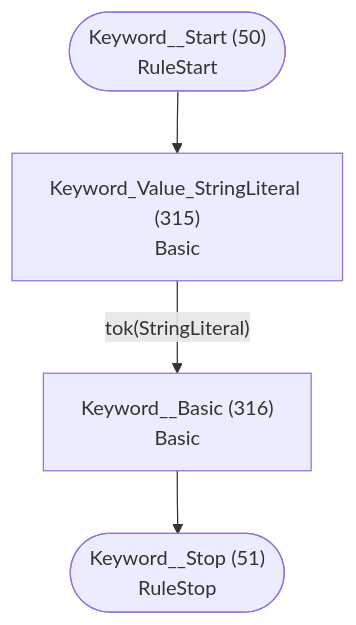
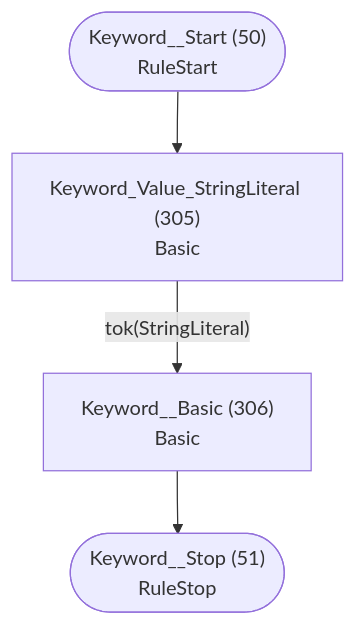
Diagram 26 of 40 in internal/grammar/atn.md (TypeFox/fastbelt), drawn with Mermaid before and after one commit. The commit also changed other lines of this file and 145 other files, not shown here.

````diff
--- a/internal/grammar/atn.md
+++ b/internal/grammar/atn.md
@@ -778,11 +756,11 @@
 ```mermaid
 flowchart TD
     q50(["Keyword__Start (50)<br/>RuleStart"])
     q51(["Keyword__Stop (51)<br/>RuleStop"])
-    q315["Keyword_Value_StringLiteral (315)<br/>Basic<br/>"]
-    q316["Keyword__Basic (316)<br/>Basic<br/>"]
+    q305["Keyword_Value_StringLiteral (305)<br/>Basic<br/>"]
+    q306["Keyword__Basic (306)<br/>Basic<br/>"]
 
-    q50 --> q315
-    q315 -->|"tok(StringLiteral)"| q316
-    q316 --> q51
+    q50 --> q305
+    q305 -->|"tok(StringLiteral)"| q306
+    q306 --> q51
 ```
````
